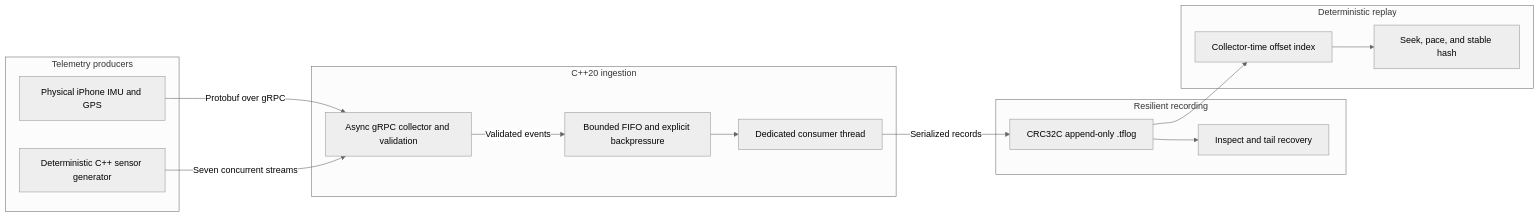
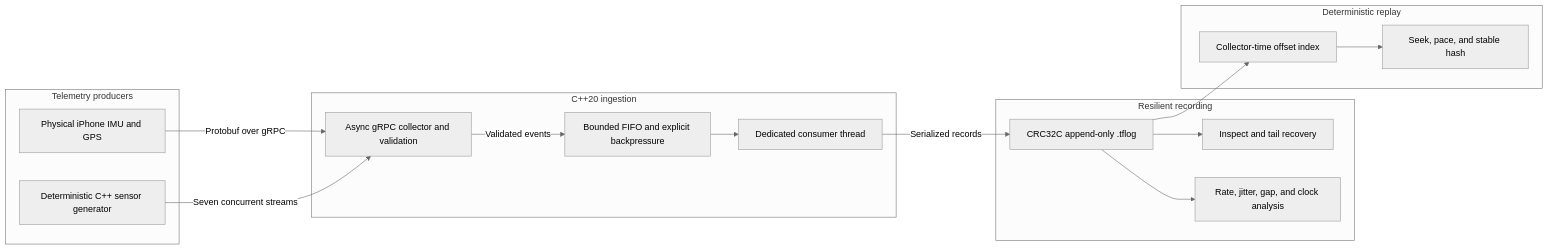
Before and after one commit to Pumpurri/TraceForge: the diagram in README.md, drawn with Mermaid (neutral theme). The commit also changed other lines of this file and 9 other files, not shown here.

````diff
--- a/README.md
+++ b/README.md
@@ -37,32 +41,34 @@
 ```mermaid
 flowchart LR
     subgraph producers["Telemetry producers"]
         phone["Physical iPhone IMU and GPS"]
         synthetic["Deterministic C++ sensor generator"]
     end
 
     subgraph ingestion["C++20 ingestion"]
         collector["Async gRPC collector and validation"]
         queue["Bounded FIFO and explicit backpressure"]
         worker["Dedicated consumer thread"]
     end
 
     subgraph recording["Resilient recording"]
         log["CRC32C append-only .tflog"]
         recovery["Inspect and tail recovery"]
+        analyze["Rate, jitter, gap, and clock analysis"]
     end
 
     subgraph playback["Deterministic replay"]
         index["Collector-time offset index"]
         replay["Seek, pace, and stable hash"]
     end
 
     phone -->|"Protobuf over gRPC"| collector
     synthetic -->|"Seven concurrent streams"| collector
     collector -->|"Validated events"| queue
     queue --> worker
     worker -->|"Serialized records"| log
     log --> recovery
+    log --> analyze
     log --> index
     index --> replay
 ```
````
